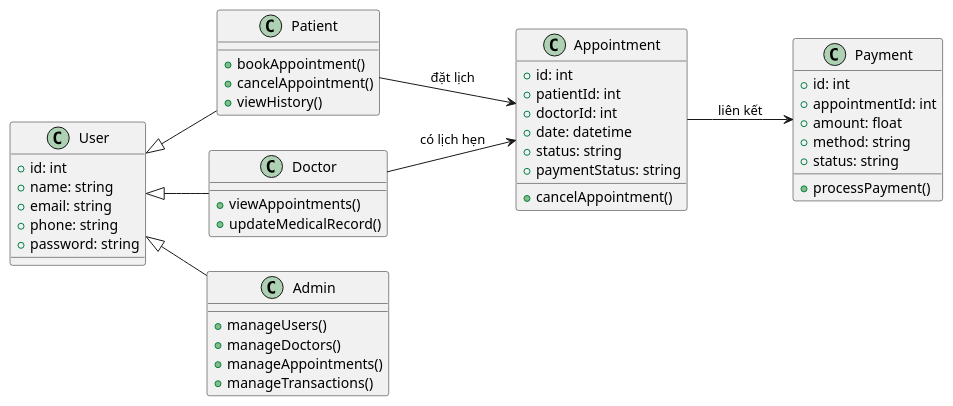
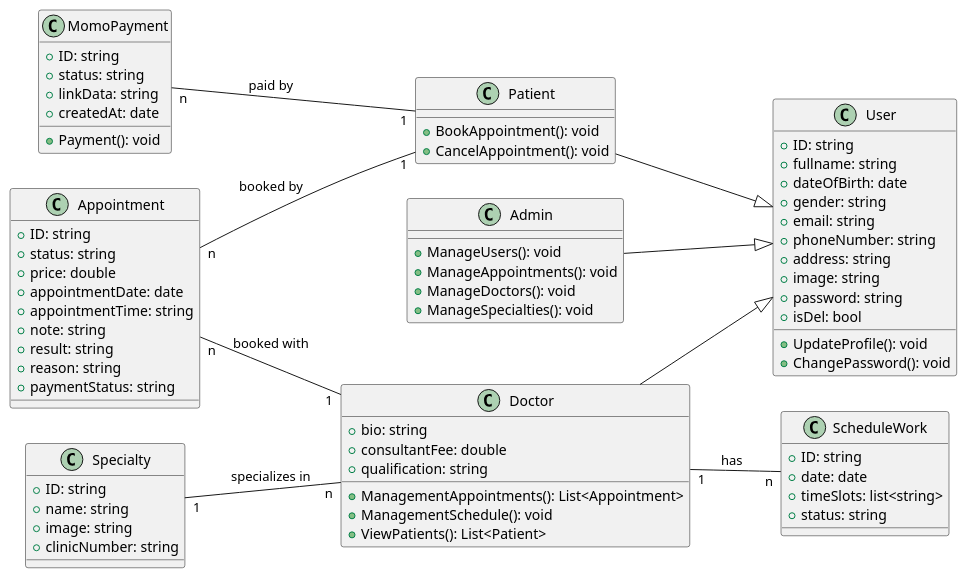
Before and after one commit to KhoaSinno/figma_HOMEX: the diagram in Diagram_PlantUML/ClassDia/ClassDiagram.puml, drawn with PlantUML. The commit also changed other lines of this file and 1 other file, not shown here.

```diff
--- a/Diagram_PlantUML/ClassDia/ClassDiagram.puml
+++ b/Diagram_PlantUML/ClassDia/ClassDiagram.puml
@@ -1,56 +2,109 @@
-@startuml
+@startUML CTUTCare+_Class_Final
 left to right direction
+' --------------- ACTOR ---------------
+' Not null: fullname, phoneNumber, password, isDel
+' priceAppointment, licenseNumber
 
-class Appointment {
-  +id: int
-  +patientId: int
-  +doctorId: int
-  +date: datetime
-  +status: string
-  +paymentStatus: string
-  +cancelAppointment()
+class User {
+    + ID: string
+    + fullname: string 
+    + dateOfBirth: date
+    + gender: string
+    + email: string
+    + phoneNumber: string
+    + address: string
+    + image: string
+    + password: string
+    + isDel: bool
+
+    + UpdateProfile(): void
+    + ChangePassword(): void
+    ' + ForgotPassword(): void
 }
 
-class Payment {
-  +id: int
-  +appointmentId: int
-  +amount: float
-  +method: string
-  +status: string
-  +processPayment()
+class Admin {
+    + ManageUsers(): void
+    + ManageAppointments(): void
+    + ManageDoctors(): void
+    + ManageSpecialties(): void
+    ' + ManageClinics(): void
 }
 
-class User {
-  +id: int
-  +name: string
-  +email: string
-  +phone: string
-  +password: string
+class Doctor {
+    + bio: string
+    + consultantFee: double
+    + qualification: string
+    ' + specialtyYearExp: int
+
+    + ManagementAppointments(): List<Appointment>
+    + ManagementSchedule(): void
+    + ViewPatients(): List<Patient>
+    ' + CreateMedicalRecord(): void
 }
 
 class Patient {
-  +bookAppointment()
-  +cancelAppointment()
-  +viewHistory()
+    ' + medicalHistory: string
+    ' + insuranceNumber: string
+    ' + bloodType: string
+
+    + BookAppointment(): void
+    + CancelAppointment(): void
+    ' + ViewMedicalRecords(): List<MedicalRecord>
 }
 
-class Doctor {
-  +viewAppointments()
-  +updateMedicalRecord()
+class Appointment {
+    + ID: string
+    + status: string
+    + price: double
+    + appointmentDate: date
+    + appointmentTime: string
+    + note: string
+    + result: string
+    + reason: string
+    + paymentStatus: string
+    ' MedicalRecord
 }
 
-class Admin {
-  +manageUsers()
-  +manageDoctors()
-  +manageAppointments()
-  +manageTransactions()
+class MomoPayment {
+    + ID: string
+    + status: string
+    + linkData: string
+    + createdAt: date
+
+    + Payment(): void
 }
 
-User <|-- Patient
-User <|-- Doctor
-User <|-- Admin
+class ScheduleWork {
+    + ID: string
+    + date: date
+    + timeSlots: list<string>
+    + status: string
+    ' + time: string
+    ' + time_start: string
+    ' + time_end: string
+    ' + maxPatients: int
+}
 
-Patient --> Appointment : "đặt lịch"
-Doctor --> Appointment : "có lịch hẹn"
-Appointment --> Payment : "liên kết"
-@enduml
+class Specialty {
+    + ID: string
+    + name: string
+    + image: string
+    ' + description: text
+    ' Clinic
+    + clinicNumber: string
+    ' + clinicAddress: string
+    ' + clinicPhoneNumber: string
+}
+
+' --------------- RELATIONSHIPS ---------------
+Admin --|> User
+Doctor --|> User
+Patient --|> User
+
+Doctor "1" -- "n" ScheduleWork: "has"
+Appointment "n" -- "1" Doctor: "booked with"
+Appointment "n" -- "1" Patient: "booked by"
+Specialty "1" -- "n" Doctor: "specializes in"
+MomoPayment "n" -- "1" Patient: "paid by"
+
+@endUML
```
